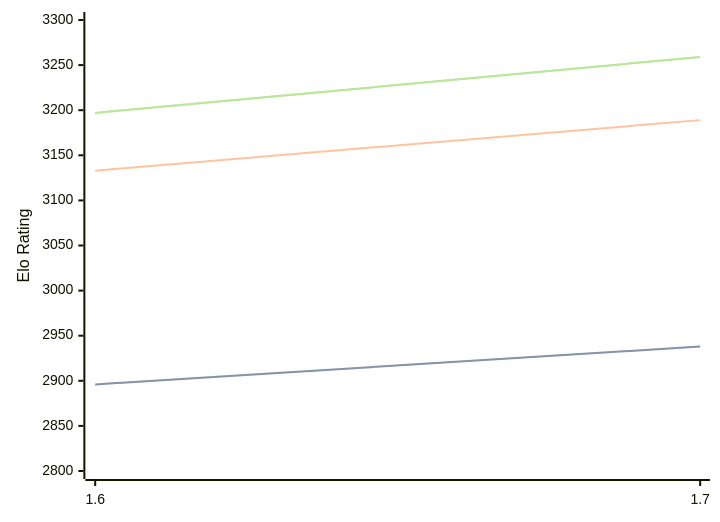
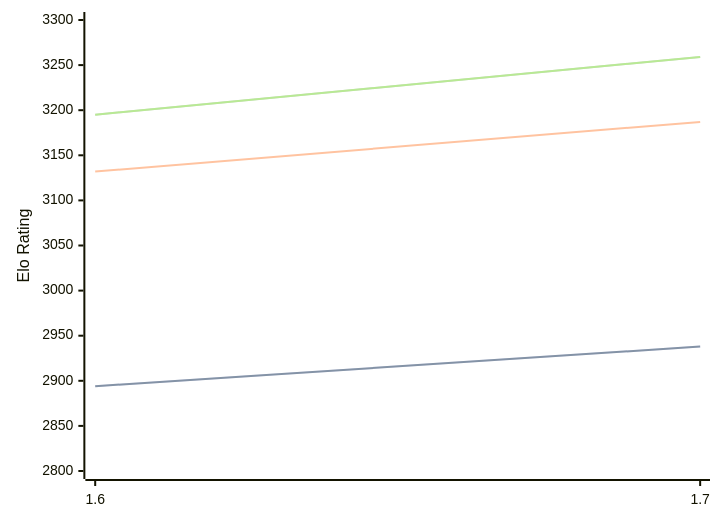
Before and after one commit to computer-chess-index/cci: the diagram in engines/Bitbit.md, drawn with Mermaid. The commit also changed other lines of this file, not shown here.

Commit message:
Update CCI Ratings (ELO VLTC) - 2026-08-11

````diff
--- a/engines/Bitbit.md
+++ b/engines/Bitbit.md
@@ -32,11 +32,11 @@
 ```mermaid
 %%{init: {"theme":"base","themeVariables":{"seriesColors:['#a3a3a3','#222221','#faa371']}}}%%
 xychart-beta
   x-axis ["1.6", "1.7"]
   y-axis "Elo Rating" 2800 --> 3300
-  line "STC (8.0+0.08s)" [2896, 2938]
-  line "STC (8.0+0.08s)" [2896, 2938]
-  line "LTC (60.0+0.60s)" [3133, 3189]
-  line "VLTC (2m24s+1.12s)" [3197, 3259]
-  line "VLTC (2m24s+1.12s)" [3197, 3259]
+  line "STC (8.0+0.08s)" [2894, 2938]
+  line "STC (8.0+0.08s)" [2894, 2938]
+  line "LTC (60.0+0.60s)" [3132, 3187]
+  line "VLTC (2m24s+1.12s)" [3195, 3259]
+  line "VLTC (2m24s+1.12s)" [3195, 3259]
 ```
````
